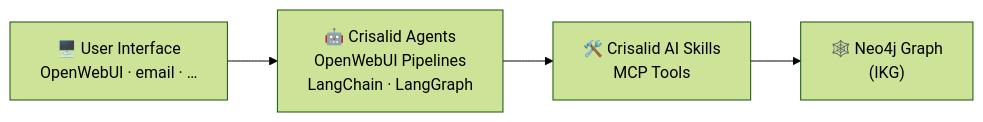
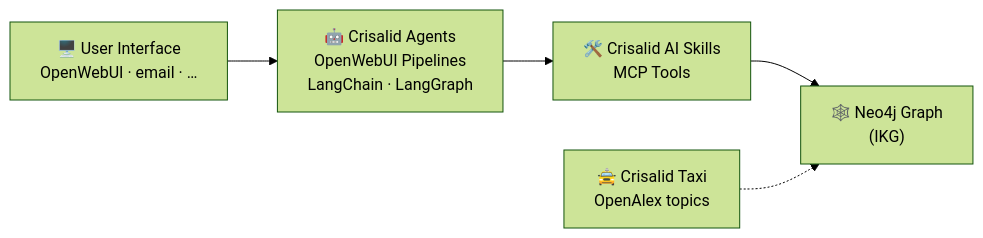
Before and after one commit to CRISalid-esr/crisalid-deployment: the diagram in ai/index.qmd, drawn with Mermaid (forest theme). The commit also changed other lines of this file and 32 other files, not shown here.

First line of the commit message:
feat: add crisalid-taxi component (#191)

````diff
--- a/ai/index.qmd
+++ b/ai/index.qmd
@@ -54,9 +54,11 @@
 ```{mermaid}
 flowchart LR
     UI["🖥️ User Interface<br/>OpenWebUI · email · …"]
     AGENTS["🤖 Crisalid Agents<br/>OpenWebUI Pipelines<br/>LangChain · LangGraph"]
     SKILLS["🛠️ Crisalid AI Skills<br/>MCP Tools"]
     GRAPH["🕸️ Neo4j Graph<br/>(IKG)"]
+    TAXI["🚖 Crisalid Taxi<br/>OpenAlex topics"]
 
     UI --> AGENTS --> SKILLS --> GRAPH
+    TAXI -.-> GRAPH
 ```
````
